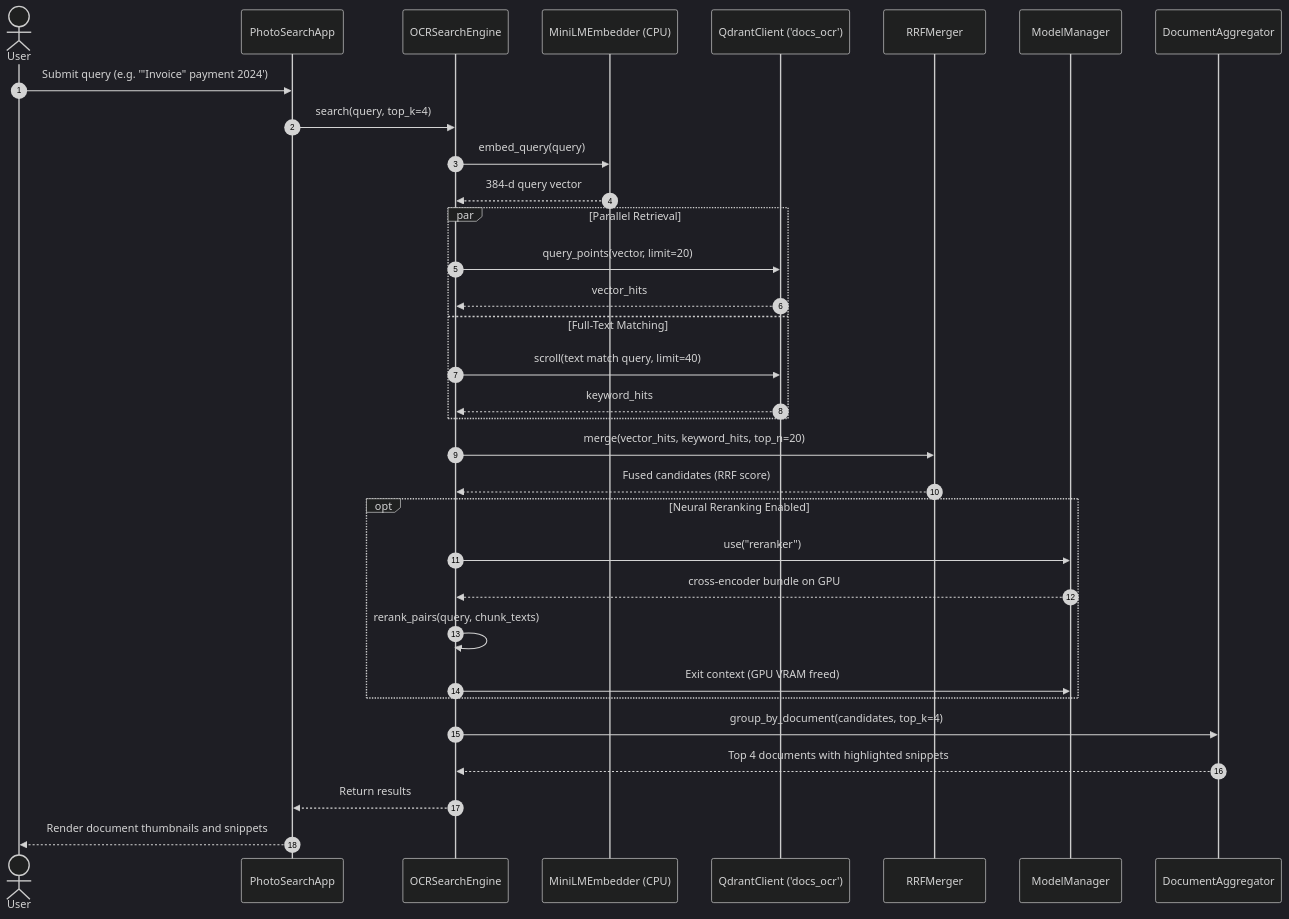
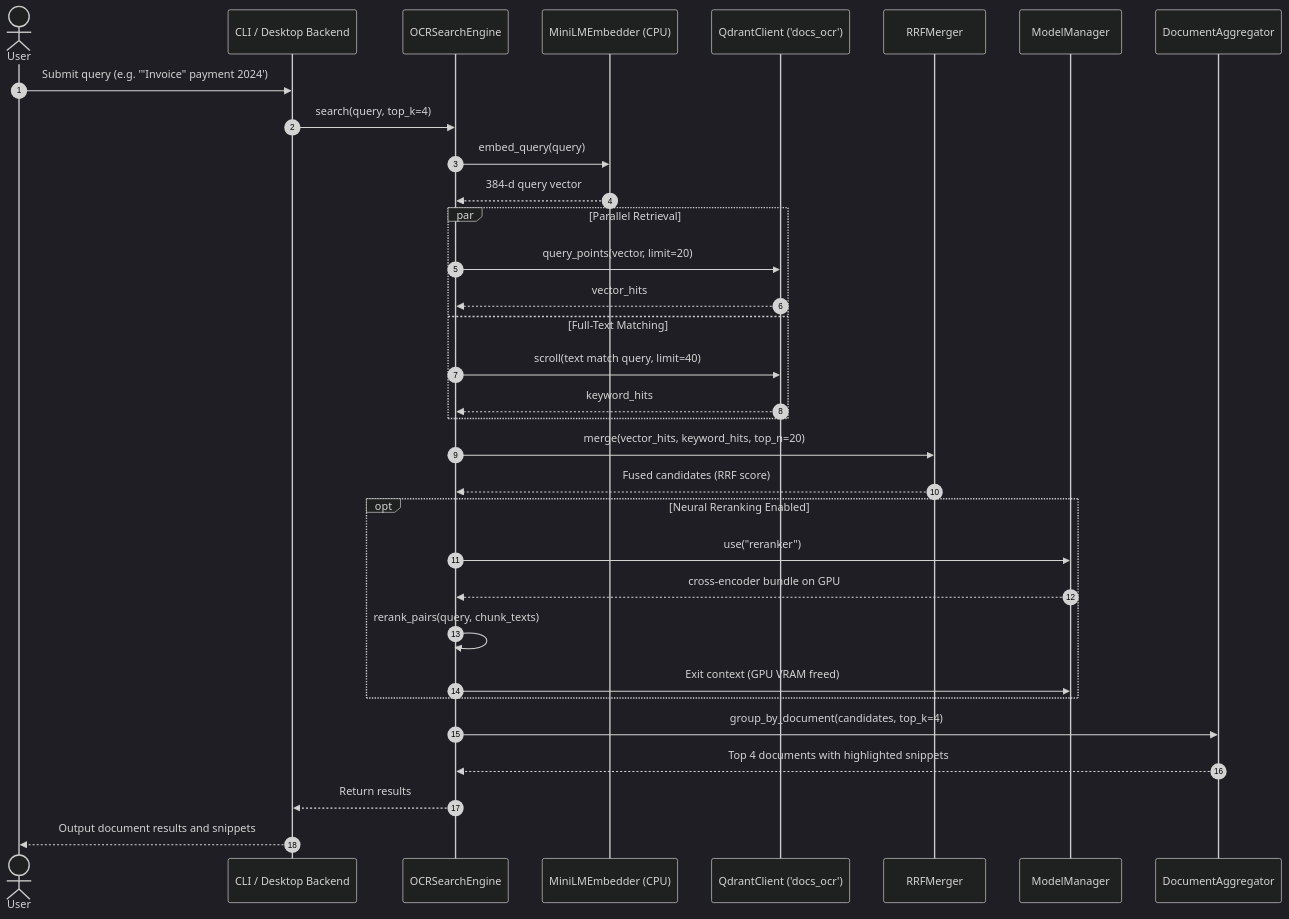
Before and after one commit to sankar5302k/EmbedEye-desktop: the third of 3 diagrams in CODE_STRUCTURE.md, drawn with Mermaid (dark theme). The commit also changed other lines of this file and 574 other files, not shown here.

````diff
--- a/CODE_STRUCTURE.md
+++ b/CODE_STRUCTURE.md
@@ -255,36 +298,36 @@
 ```mermaid
 sequenceDiagram
     autonumber
     actor User
-    participant App as PhotoSearchApp
+    participant Caller as CLI / Desktop Backend
     participant Engine as OCRSearchEngine
     participant Embedder as MiniLMEmbedder (CPU)
     participant Qdrant as QdrantClient ('docs_ocr')
     participant Merger as RRFMerger
     participant MM as ModelManager
     participant Agg as DocumentAggregator
 
-    User->>App: Submit query (e.g. '"Invoice" payment 2024')
-    App->>Engine: search(query, top_k=4)
+    User->>Caller: Submit query (e.g. '"Invoice" payment 2024')
+    Caller->>Engine: search(query, top_k=4)
     Engine->>Embedder: embed_query(query)
     Embedder-->>Engine: 384-d query vector
     par Parallel Retrieval
         Engine->>Qdrant: query_points(vector, limit=20)
         Qdrant-->>Engine: vector_hits
     and Full-Text Matching
         Engine->>Qdrant: scroll(text match query, limit=40)
         Qdrant-->>Engine: keyword_hits
     end
     Engine->>Merger: merge(vector_hits, keyword_hits, top_n=20)
     Merger-->>Engine: Fused candidates (RRF score)
     opt Neural Reranking Enabled
         Engine->>MM: use("reranker")
         MM-->>Engine: cross-encoder bundle on GPU
         Engine->>Engine: rerank_pairs(query, chunk_texts)
         Engine->>MM: Exit context (GPU VRAM freed)
     end
     Engine->>Agg: group_by_document(candidates, top_k=4)
     Agg-->>Engine: Top 4 documents with highlighted snippets
-    Engine-->>App: Return results
-    App-->>User: Render document thumbnails and snippets
+    Engine-->>Caller: Return results
+    Caller-->>User: Output document results and snippets
 ```
````
